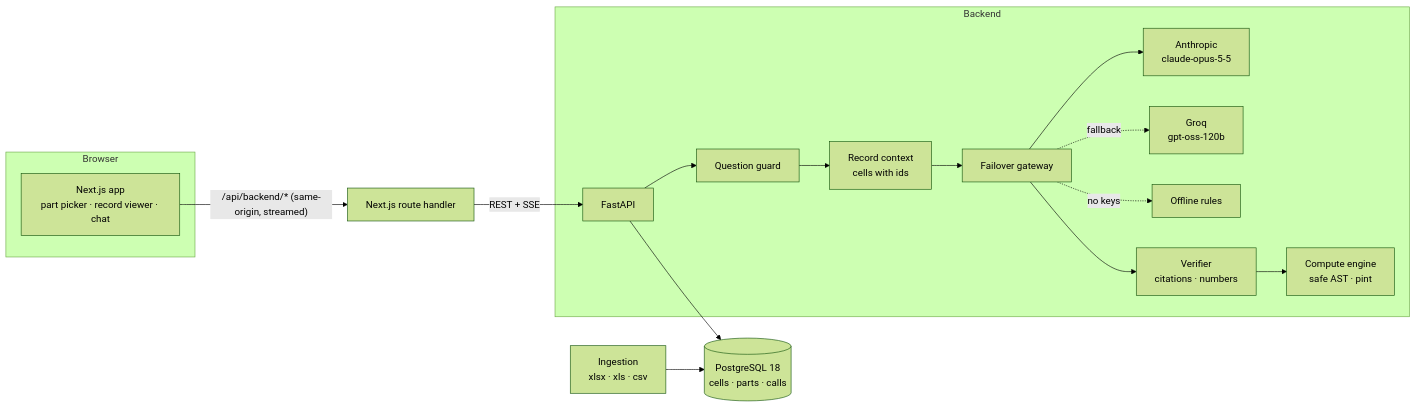
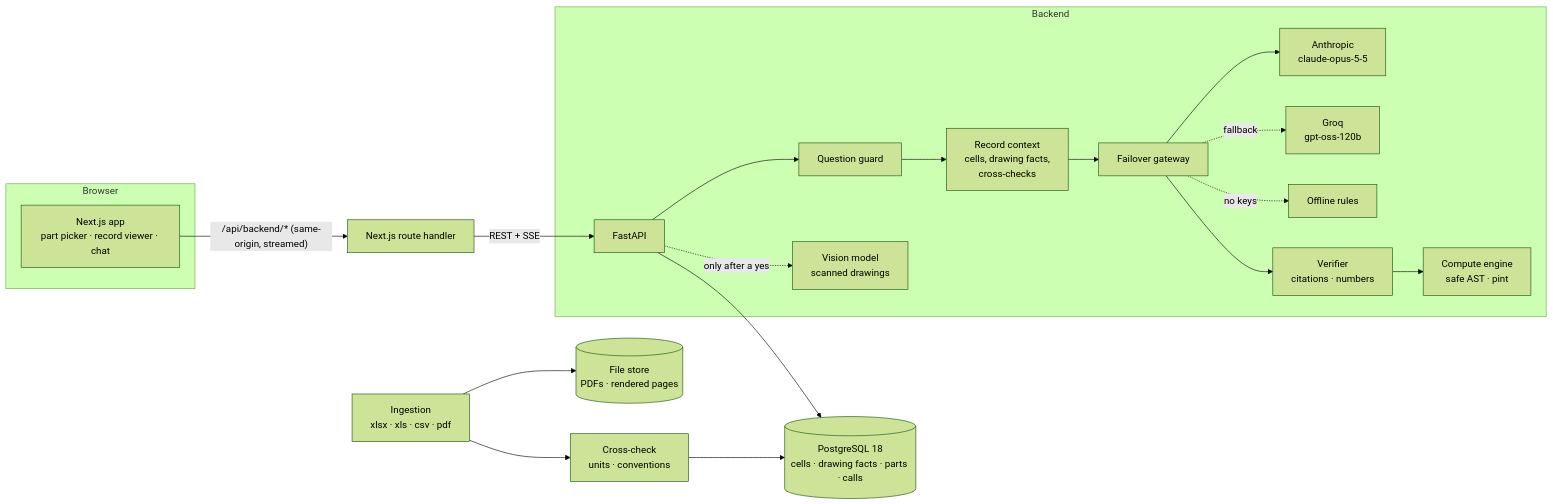
One commit to Ahmedgito/CNC_Analysis changed the diagram in README.md. Above: the diagram before and after it, drawn with Mermaid (forest theme). The commit also changed other lines of this file and 8 other files, not shown here.

````diff
--- a/README.md
+++ b/README.md
@@ -33,20 +50,23 @@
 ```mermaid
 flowchart LR
   subgraph Browser
     UI[Next.js app<br/>part picker · record viewer · chat]
   end
   UI -- "/api/backend/* (same-origin, streamed)" --> Proxy[Next.js route handler]
   Proxy -- REST + SSE --> API[FastAPI]
   subgraph Backend
     API --> Guard[Question guard]
-    Guard --> Ctx[Record context<br/>cells with ids]
+    Guard --> Ctx[Record context<br/>cells, drawing facts,<br/>cross-checks]
     Ctx --> GW[Failover gateway]
     GW --> A[Anthropic<br/>claude-opus-5-5]
     GW -. fallback .-> G[Groq<br/>gpt-oss-120b]
     GW -. no keys .-> F[Offline rules]
     GW --> V[Verifier<br/>citations · numbers]
     V --> C[Compute engine<br/>safe AST · pint]
+    API -. "only after a yes" .-> Vis[Vision model<br/>scanned drawings]
   end
-  Ingest[Ingestion<br/>xlsx · xls · csv] --> DB[(PostgreSQL 18<br/>cells · parts · calls)]
+  Ingest[Ingestion<br/>xlsx · xls · csv · pdf] --> X[Cross-check<br/>units · conventions]
+  X --> DB[(PostgreSQL 18<br/>cells · drawing facts · parts · calls)]
+  Ingest --> Store[(File store<br/>PDFs · rendered pages)]
   API --> DB
 ```
````
